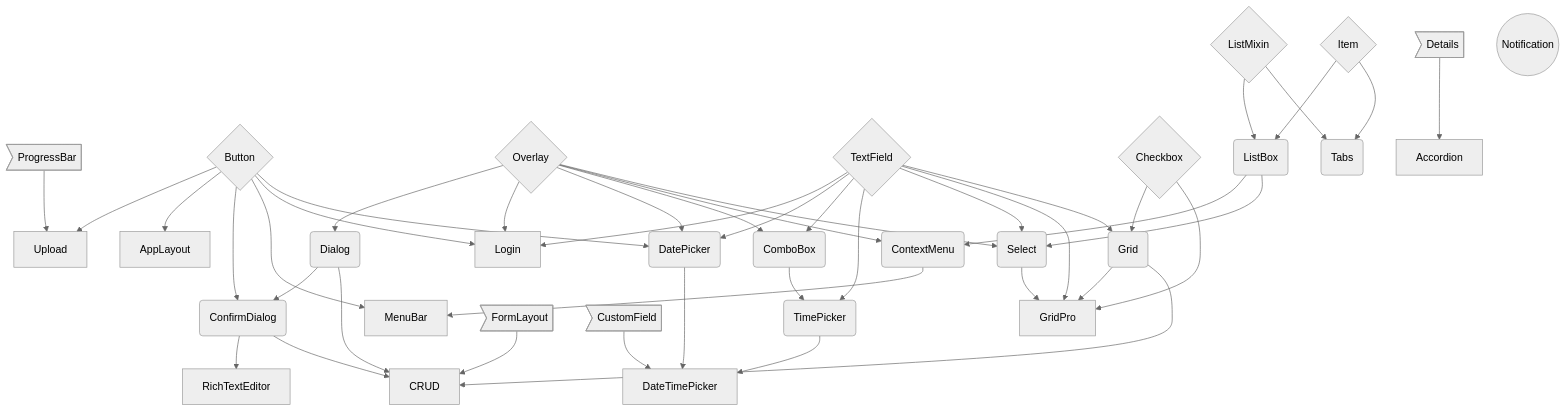
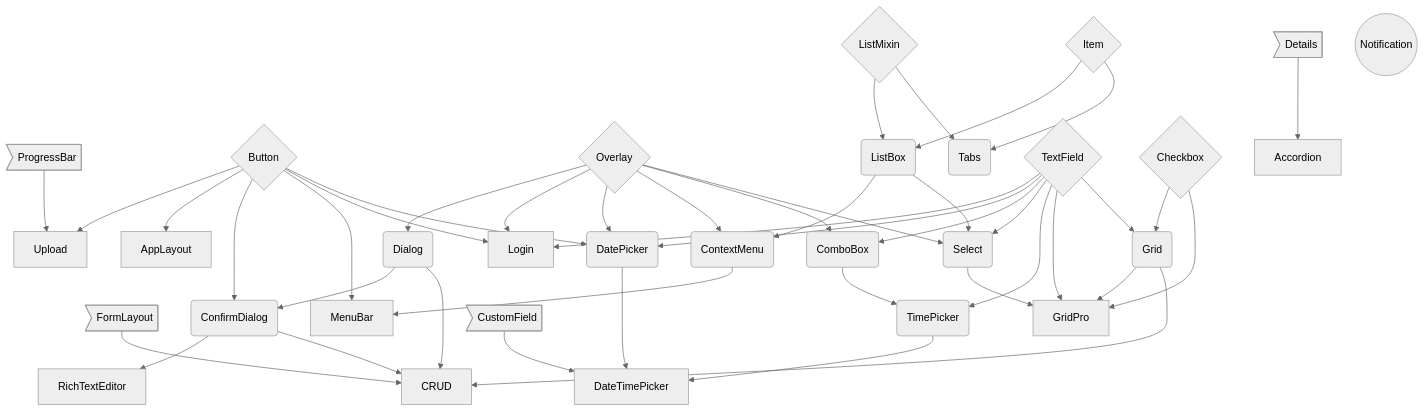
Before and after one commit to web-padawan/components-flowchart: the diagram in COMPONENTS.md, drawn with Mermaid (neutral theme).

Commit message:
Rearrange overlay & text-field relationships

````diff
--- a/COMPONENTS.md
+++ b/COMPONENTS.md
@@ -1,73 +1,73 @@
 ```mermaid
 graph TB
 
 PB>ProgressBar]
+FL>FormLayout]
 B{Button}
 O{Overlay}
+LM{ListMixin}
+I{Item}
+LM --> LB(ListBox)
+LM --> TB(Tabs)
+I --> LB
+I --> TB
+
 T{TextField}
 C{Checkbox}
-
-I{Item}
 DT>Details]
-LM{ListMixin}
 N((Notification))
 
+FL --> CR[CRUD]
 PB --> U[Upload]
 
 B --> U[Upload]
 B --> AL[AppLayout]
 B --> CD(ConfirmDialog)
 B --> MB[MenuBar]
 B --> LG[Login]
 B --> DP(DatePicker)
 
 CB --> TP(TimePicker)
+CF>CustomField]
+CF --> DTP[DateTimePicker]
 
 O --> D(Dialog)
 O --> LG
 O --> DP
+O --> CM(ContextMenu)
 O --> CB(ComboBox)
-O --> CM(ContextMenu)
 O --> S(Select)
 
 D --> CD
 
-LM --> LB(ListBox)
-LM --> TB(Tabs)
+T --> LG
+T --> DP
+T --> CB
+T --> S
+T --> TP
 
-I --> LB
-I --> TB
 LB --> CM
 LB --> S
 
-T --> LG
-T --> DP
-T --> CB
-T --> TP
-T --> S
-
-FL>FormLayout] --> CR[CRUD]
-
-CF>CustomField] --> DTP[DateTimePicker]
 DP --> DTP
 TP --> DTP
 
 CD --> RTE[RichTextEditor]
 
 S --> GP
 T --> GP
 
 C --> G(Grid)
 T --> G
 
 C --> GP
 
 CM --> MB
 
 DT --> A[Accordion]
 
 D --> CR
 G --> GP[GridPro]
 CD --> CR
 G --> CR
 ```
````
